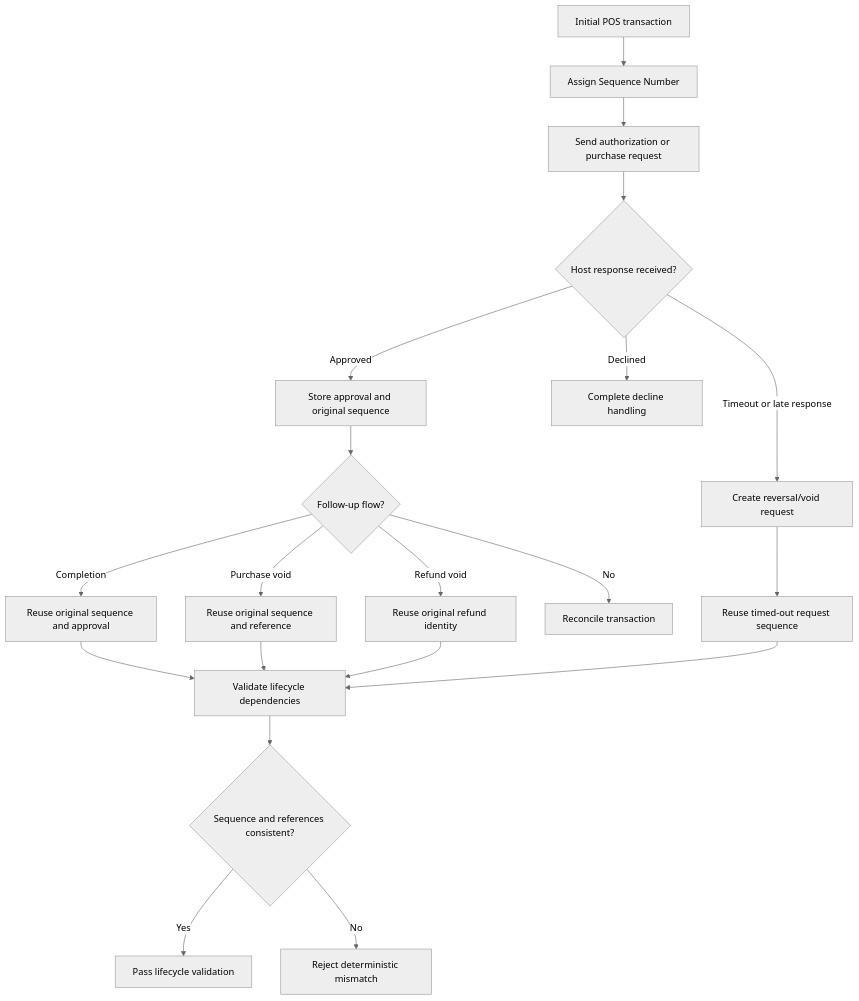
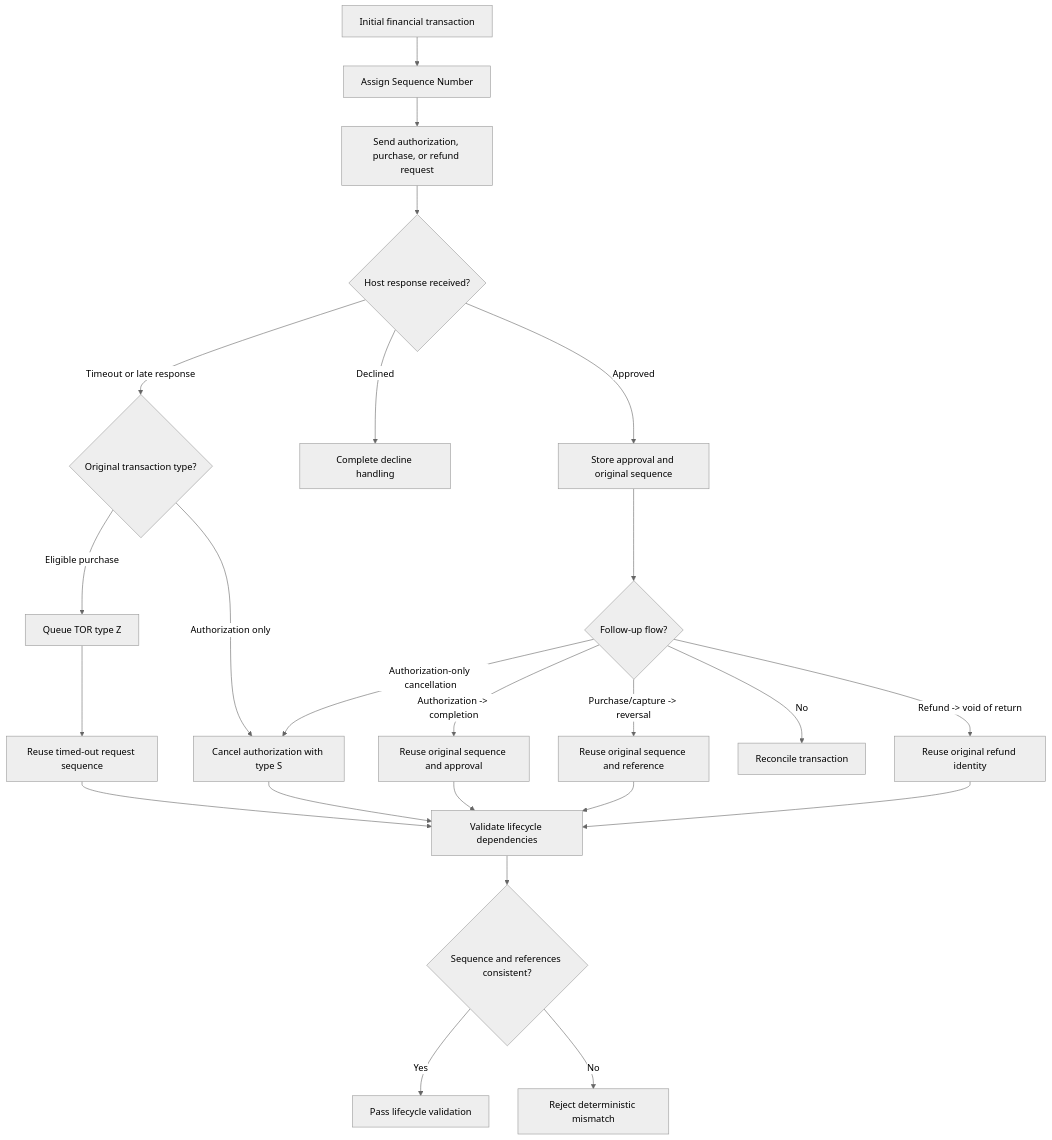
One commit to DhanSingh-hub/core-auth-ai-validation-framework changed the diagram in regression-artifact-validator/specifications/ATL105/docs/specs/kb/segment-100/sequence-lifecycle-flow.md. Above: the diagram before and after it, drawn with Mermaid (neutral theme). The commit also changed other lines of this file and 87 other files, not shown here.

````diff
--- a/regression-artifact-validator/specifications/ATL105/docs/specs/kb/segment-100/sequence-lifecycle-flow.md
+++ b/regression-artifact-validator/specifications/ATL105/docs/specs/kb/segment-100/sequence-lifecycle-flow.md
@@ -3,24 +3,28 @@
 ```mermaid
 flowchart TD
-    A[Initial POS transaction] --> B[Assign Sequence Number]
-    B --> C[Send authorization or purchase request]
-    C --> D{Host response received?}
+    A[Initial financial transaction] --> B[Assign Sequence Number]
+    B --> REQ[Send authorization, purchase, or refund request]
+    REQ --> D{Host response received?}
     D -->|Approved| E[Store approval and original sequence]
     D -->|Declined| F[Complete decline handling]
-    D -->|Timeout or late response| G[Create reversal/void request]
+    D -->|Timeout or late response| G{Original transaction type?}
+    G -->|Eligible purchase| M[Queue TOR type Z]
+    G -->|Authorization only| CANCEL[Cancel authorization with type S]
 
     E --> H{Follow-up flow?}
-    H -->|Completion| I[Reuse original sequence and approval]
-    H -->|Purchase void| J[Reuse original sequence and reference]
-    H -->|Refund void| K[Reuse original refund identity]
+    H -->|Authorization -> completion| I[Reuse original sequence and approval]
+    H -->|Authorization-only cancellation| CANCEL
+    H -->|Purchase/capture -> reversal| J[Reuse original sequence and reference]
+    H -->|Refund -> void of return| K[Reuse original refund identity]
     H -->|No| L[Reconcile transaction]
 
-    G --> M[Reuse timed-out request sequence]
+    M --> R[Reuse timed-out request sequence]
+    R --> N
+    CANCEL --> N
     I --> N[Validate lifecycle dependencies]
     J --> N
     K --> N
-    M --> N
     N --> O{Sequence and references consistent?}
     O -->|Yes| P[Pass lifecycle validation]
     O -->|No| Q[Reject deterministic mismatch]
 ```
````
